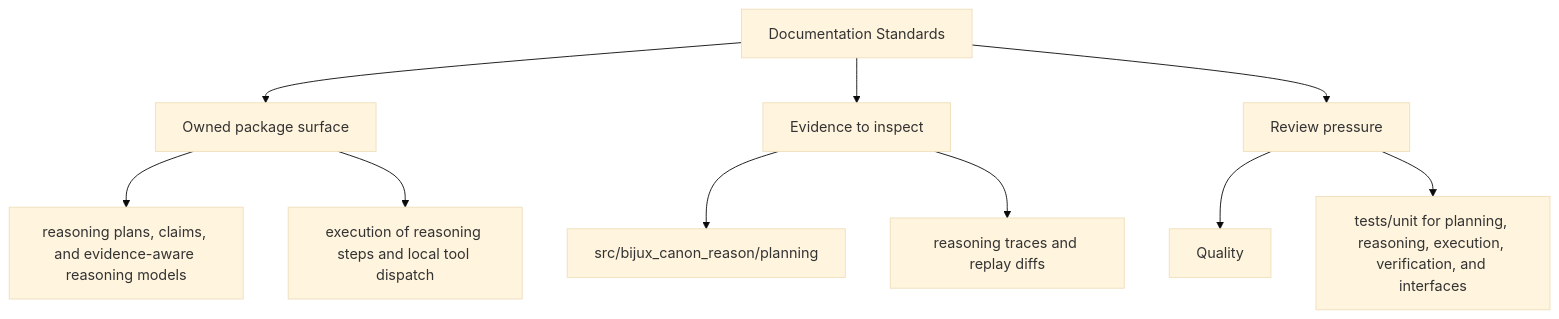
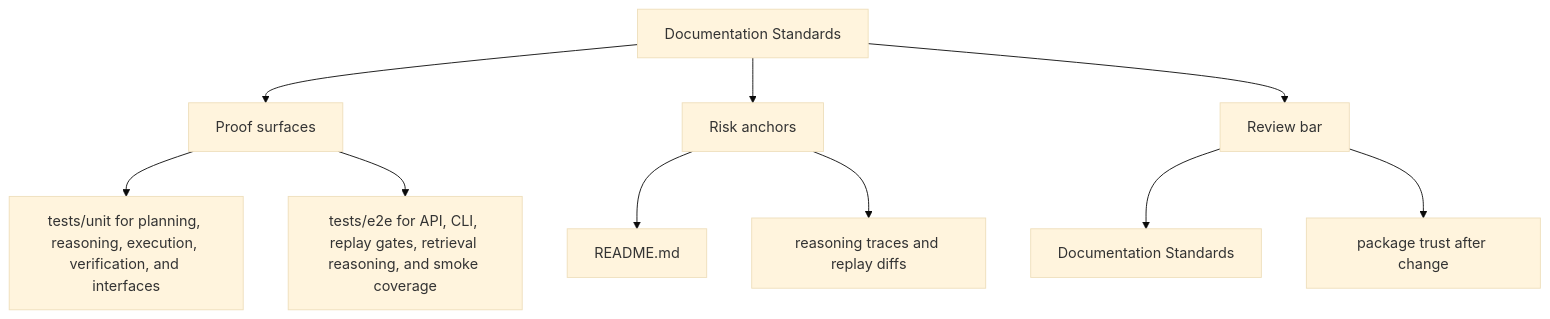
Before and after one commit to bijux/bijux-canon: the second of 2 diagrams in docs/bijux-canon-reason/quality/documentation-standards.md, drawn with Mermaid (base theme). The commit also changed other lines of this file and 250 other files, not shown here.

Commit message:
docs(diagrams): make product page maps more readable

````diff
--- a/docs/bijux-canon-reason/quality/documentation-standards.md
+++ b/docs/bijux-canon-reason/quality/documentation-standards.md
@@ -34,22 +34,22 @@
 ```mermaid
 flowchart TD
     page["Documentation Standards"]
-    focus1["Owned package surface"]
+    focus1["Proof surfaces"]
     page --> focus1
-    focus1_1["reasoning plans, claims, and evidence-aware reasoning models"]
+    focus1_1["tests/unit for planning, reasoning, execution, verification, and interfaces"]
     focus1 --> focus1_1
-    focus1_2["execution of reasoning steps and local tool dispatch"]
+    focus1_2["tests/e2e for API, CLI, replay gates, retrieval reasoning, and smoke coverage"]
     focus1 --> focus1_2
-    focus2["Evidence to inspect"]
+    focus2["Risk anchors"]
     page --> focus2
-    focus2_1["src/bijux_canon_reason/planning"]
+    focus2_1["README.md"]
     focus2 --> focus2_1
     focus2_2["reasoning traces and replay diffs"]
     focus2 --> focus2_2
-    focus3["Review pressure"]
+    focus3["Review bar"]
     page --> focus3
-    focus3_1["Quality"]
+    focus3_1["Documentation Standards"]
     focus3 --> focus3_1
-    focus3_2["tests/unit for planning, reasoning, execution, verification, and interfaces"]
+    focus3_2["package trust after change"]
     focus3 --> focus3_2
 ```
````
